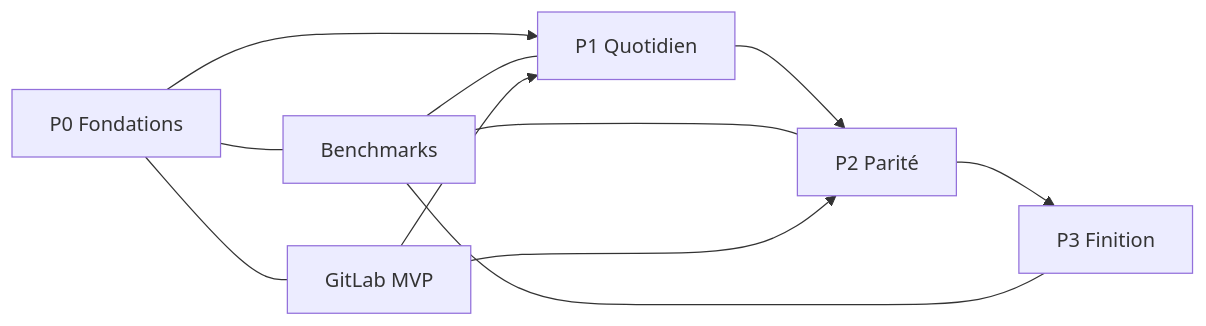
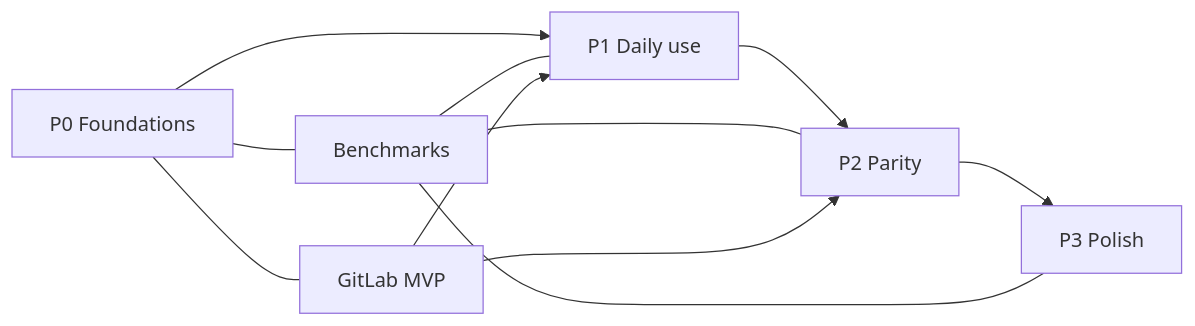
The first of 2 diagrams in docs/08-roadmap.md (Methamorphe/beebranch), drawn with Mermaid before and after one commit. The commit also changed other lines of this file and 153 other files, not shown here.

````diff
--- a/docs/08-roadmap.md
+++ b/docs/08-roadmap.md
@@ -14,15 +15,15 @@
 ```mermaid
 flowchart LR
-  P0[P0 Fondations] --> P1[P1 Quotidien]
-  P1 --> P2[P2 Parité]
-  P2 --> P3[P3 Finition]
+  P0[P0 Foundations] --> P1[P1 Daily use]
+  P1 --> P2[P2 Parity]
+  P2 --> P3[P3 Polish]
 
   P0 --- B[Benchmarks]
   B --- P1
   B --- P2
   B --- P3
 
   P0 --- G[GitLab MVP]
   G --> P1
   G --> P2
 ```
````
